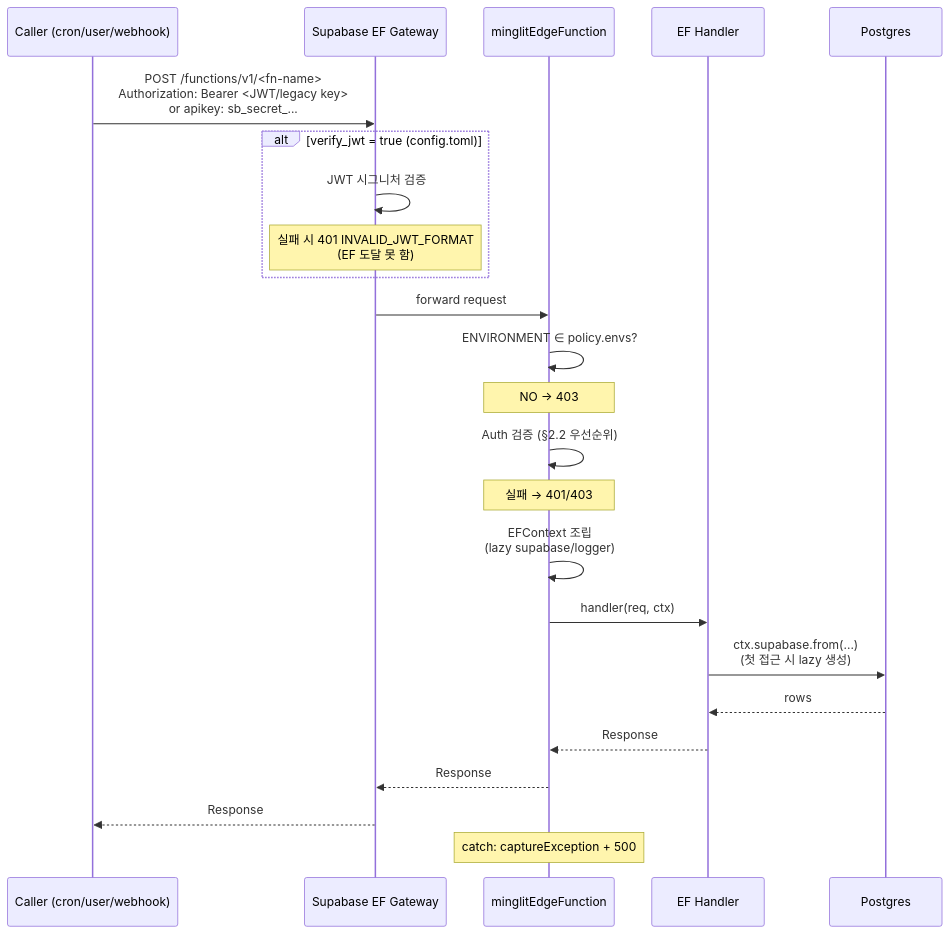
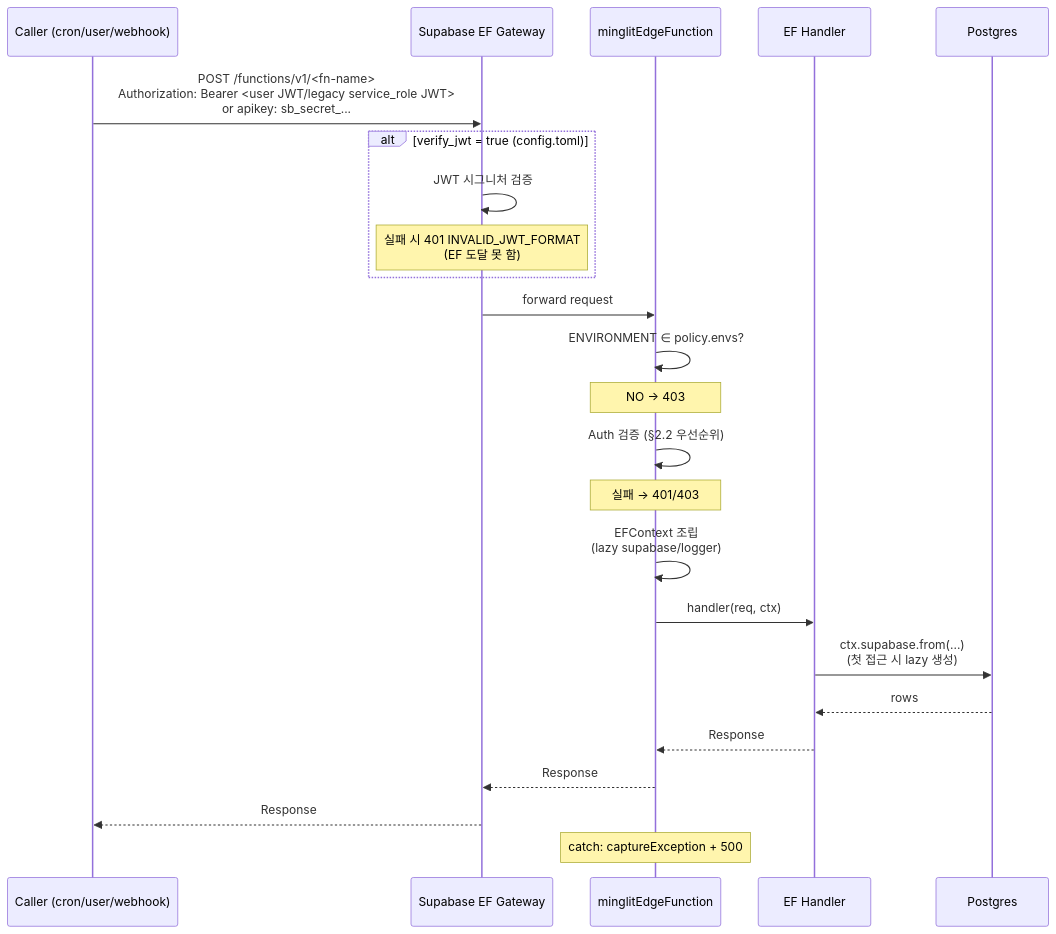
The first of 3 diagrams in docs/architecture/edge-function-auth.md (Mark-Yun/minglit), drawn with Mermaid before and after one commit. The commit also changed other lines of this file and 20 other files, not shown here.

````diff
--- a/docs/architecture/edge-function-auth.md
+++ b/docs/architecture/edge-function-auth.md
@@ -430,31 +430,31 @@
 ```mermaid
 sequenceDiagram
     participant Caller as Caller (cron/user/webhook)
     participant Gateway as Supabase EF Gateway
     participant Wrapper as minglitEdgeFunction
     participant Handler as EF Handler
     participant DB as Postgres
 
-    Caller->>Gateway: POST /functions/v1/<fn-name><br/>Authorization: Bearer <JWT/legacy key><br/>or apikey: sb_secret_...
+    Caller->>Gateway: POST /functions/v1/<fn-name><br/>Authorization: Bearer <user JWT/legacy service_role JWT><br/>or apikey: sb_secret_...
 
     alt verify_jwt = true (config.toml)
         Gateway->>Gateway: JWT 시그니처 검증
         Note over Gateway: 실패 시 401 INVALID_JWT_FORMAT<br/>(EF 도달 못 함)
     end
 
     Gateway->>Wrapper: forward request
     Wrapper->>Wrapper: ENVIRONMENT ∈ policy.envs?
     Note over Wrapper: NO → 403
     Wrapper->>Wrapper: Auth 검증 (§2.2 우선순위)
     Note over Wrapper: 실패 → 401/403
 
     Wrapper->>Wrapper: EFContext 조립<br/>(lazy supabase/logger)
     Wrapper->>Handler: handler(req, ctx)
     Handler->>DB: ctx.supabase.from(...)<br/>(첫 접근 시 lazy 생성)
     DB-->>Handler: rows
     Handler-->>Wrapper: Response
     Wrapper-->>Gateway: Response
     Gateway-->>Caller: Response
 
     Note over Wrapper: catch: captureException + 500
 ```
````
